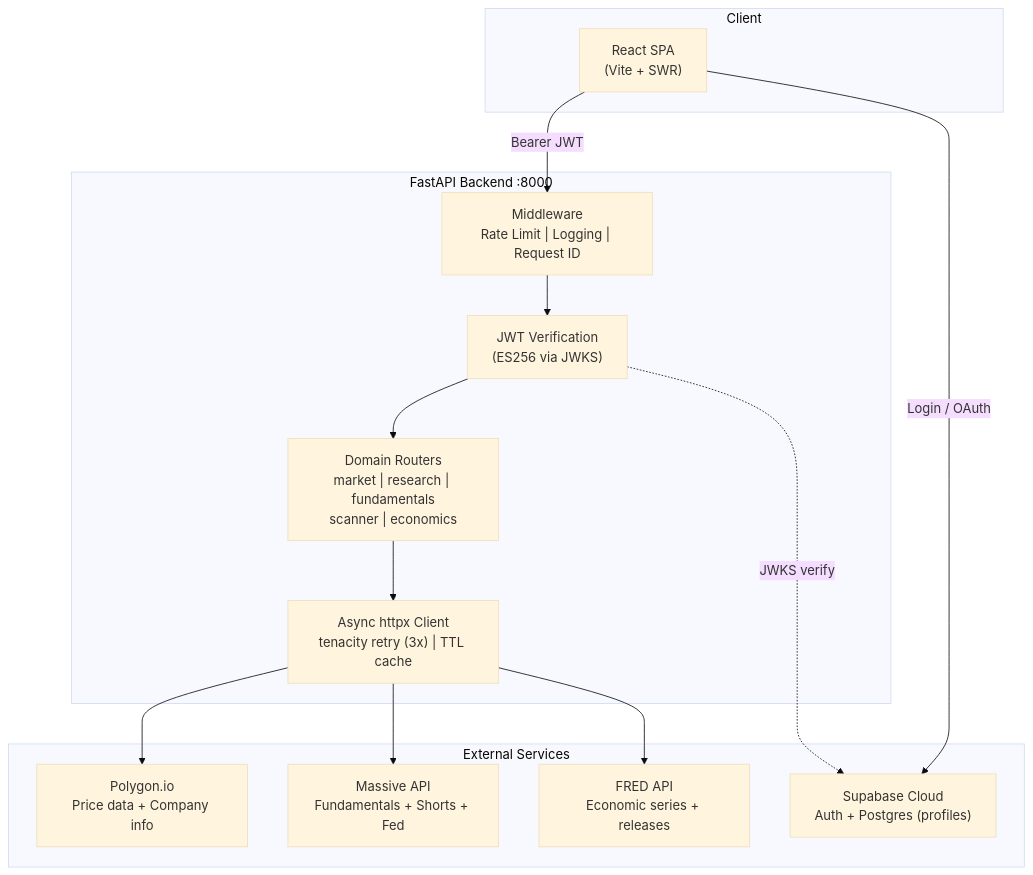
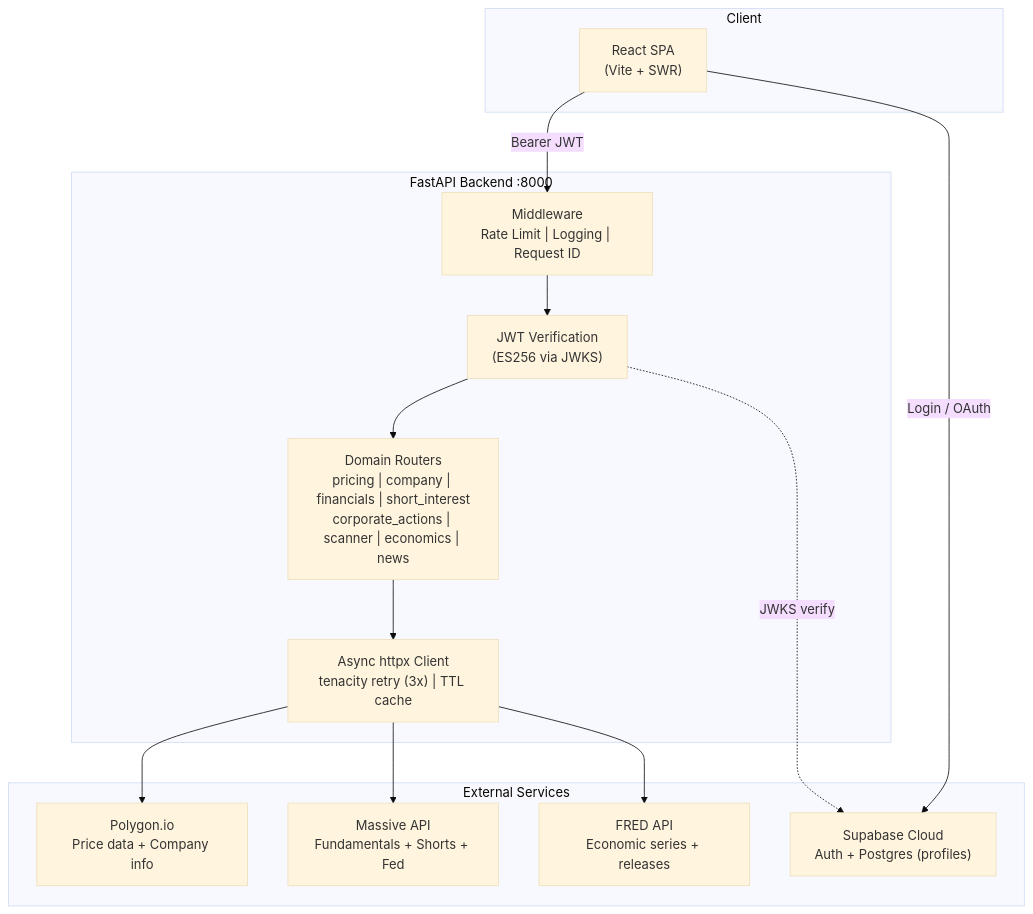
Before and after one commit to eshaank/finance-dashboard: the first of 5 diagrams in project-docs/ARCHITECTURE.md, drawn with Mermaid (base theme). The commit also changed other lines of this file and 55 other files, not shown here.

````diff
--- a/project-docs/ARCHITECTURE.md
+++ b/project-docs/ARCHITECTURE.md
@@ -12,30 +12,30 @@
 ```mermaid
 graph TB
     subgraph Client
         Browser["React SPA<br/>(Vite + SWR)"]
     end
 
     subgraph Backend["FastAPI Backend :8000"]
         MW["Middleware<br/>Rate Limit | Logging | Request ID"]
         Auth["JWT Verification<br/>(ES256 via JWKS)"]
-        Domains["Domain Routers<br/>market | research | fundamentals<br/>scanner | economics"]
+        Domains["Domain Routers<br/>pricing | company | financials | short_interest<br/>corporate_actions | scanner | economics | news"]
         HTTP["Async httpx Client<br/>tenacity retry (3x) | TTL cache"]
     end
 
     subgraph External["External Services"]
         Polygon["Polygon.io<br/>Price data + Company info"]
         Massive["Massive API<br/>Fundamentals + Shorts + Fed"]
         FRED["FRED API<br/>Economic series + releases"]
         Supabase["Supabase Cloud<br/>Auth + Postgres (profiles)"]
     end
 
     Browser -->|"Bearer JWT"| MW
     MW --> Auth
     Auth --> Domains
     Domains --> HTTP
     HTTP --> Polygon
     HTTP --> Massive
     HTTP --> FRED
     Browser -->|"Login / OAuth"| Supabase
     Auth -.->|"JWKS verify"| Supabase
 ```
````
